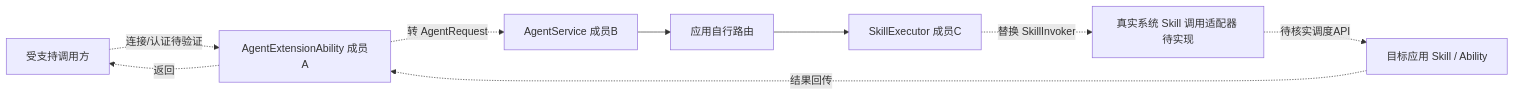
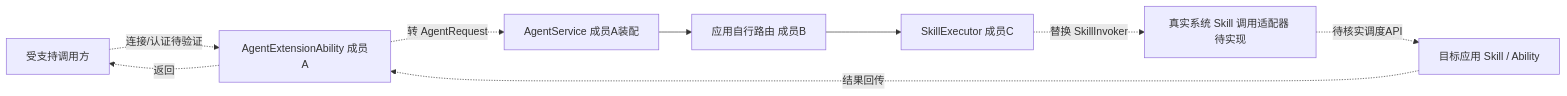
Before and after one commit to yaorz26/skill-for-harmony-G1-M1: the third of 3 diagrams in docs/architecture.md, drawn with Mermaid. The commit also changed 9 other files, not shown here.

````diff
--- a/docs/architecture.md
+++ b/docs/architecture.md
@@ -43,11 +43,11 @@
 ```mermaid
 flowchart LR
     Client[受支持调用方] -.连接/认证待验证.-> Extension[AgentExtensionAbility 成员A]
-    Extension -.转 AgentRequest.-> Agent[AgentService 成员B]
-    Agent --> Routing[应用自行路由]
+    Extension -.转 AgentRequest.-> Agent[AgentService 成员A装配]
+    Agent --> Routing[应用自行路由 成员B]
     Routing --> Executor[SkillExecutor 成员C]
     Executor -.替换 SkillInvoker.-> System[真实系统 Skill 调用适配器 待实现]
     System -.待核实调度API.-> Target[目标应用 Skill / Ability]
     Target -.结果回传.-> Extension
     Extension -.返回.-> Client
 ```
````
